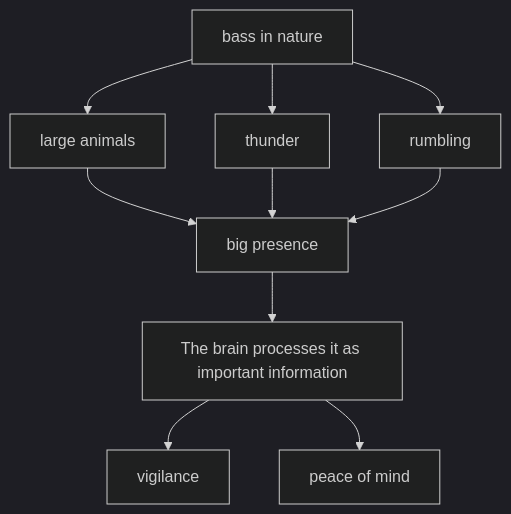
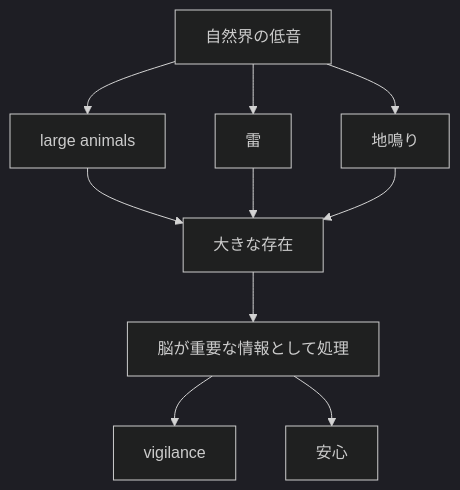
Before and after one commit to monumental-movement/monumental-movement.github.io: the fourth of 10 diagrams in en/_posts/2026-08-01-column-why-bass-feels-good.md, drawn with Mermaid (dark theme). The commit also changed other lines of this file and 2196 other files, not shown here.

```diff
--- a/en/_posts/2026-08-01-column-why-bass-feels-good.md
+++ b/en/_posts/2026-08-01-column-why-bass-feels-good.md
@@ -440,18 +440,18 @@
 <div class="mermaid">
 graph TD
 
-A[bass in nature]
+A[自然界の低音]
 
 A-->B[large animals]
-A-->C[thunder]
-A-->D[rumbling]
+A-->C[雷]
+A-->D[地鳴り]
 
-B-->E[big presence]
+B-->E[大きな存在]
 C-->E
 D-->E
 
-E-->F[The brain processes it as important information]
+E-->F[脳が重要な情報として処理]
 
 F-->G[vigilance]
-F-->H[peace of mind]
+F-->H[安心]
 </div>
```
